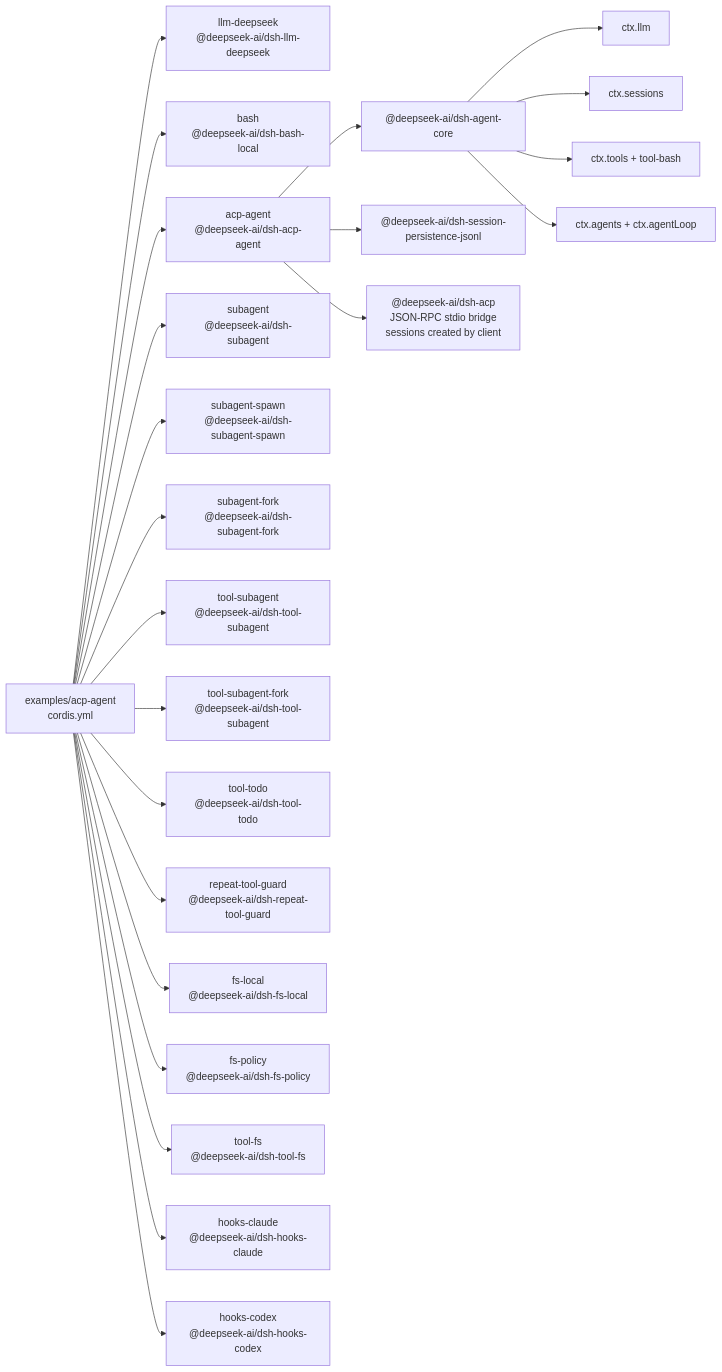
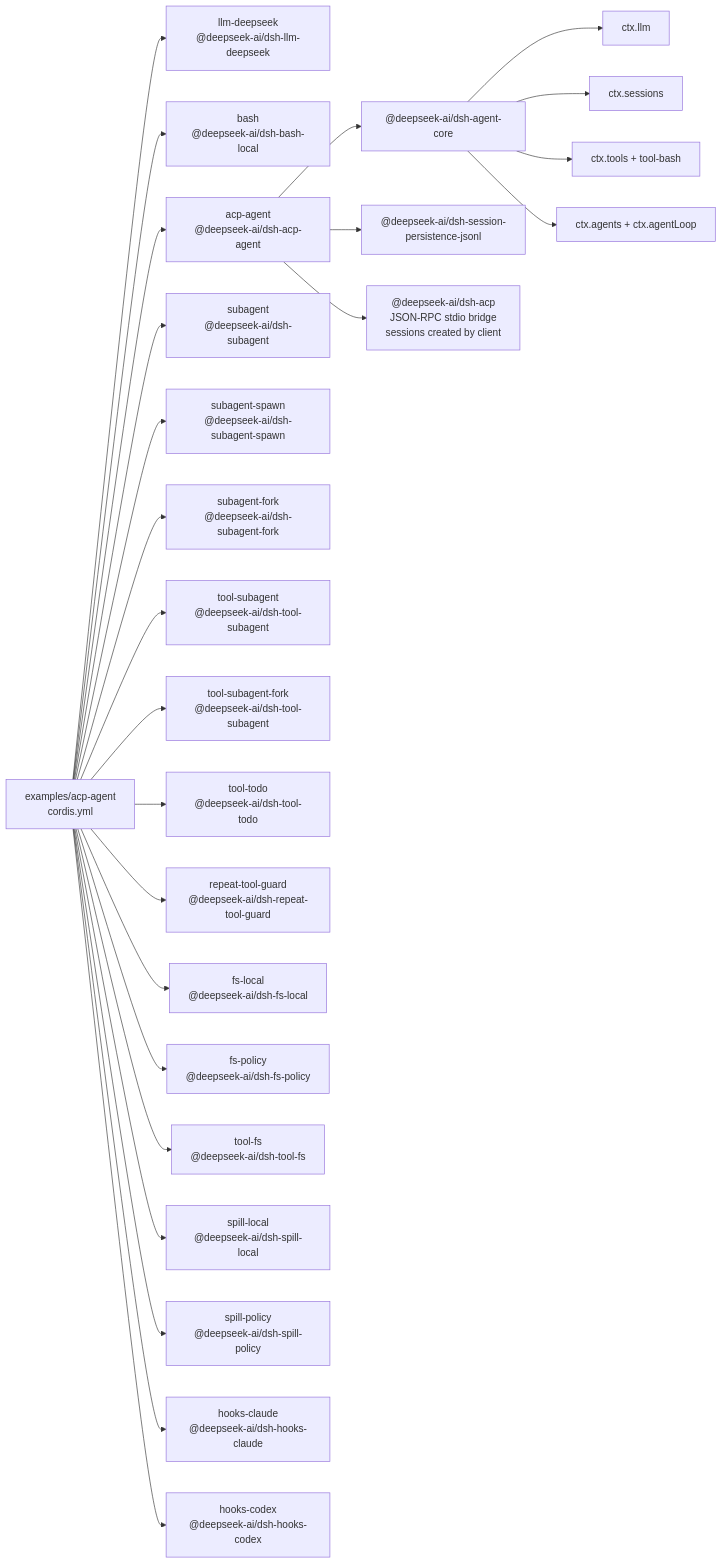
Before and after one commit to 007M7/DeepCode: the diagram in examples/acp-agent/composition.md, drawn with Mermaid. The commit also changed other lines of this file and 9 other files, not shown here.

Commit message:
test: add ACP spill snapshot coverage

````diff
--- a/examples/acp-agent/composition.md
+++ b/examples/acp-agent/composition.md
@@ -8,41 +8,45 @@
 ```mermaid
 flowchart LR
   cfg["examples/acp-agent<br/>cordis.yml"]
   plugin_acp_llm_deepseek["llm-deepseek<br/>@deepseek-ai/dsh-llm-deepseek"]
   cfg --> plugin_acp_llm_deepseek
   plugin_acp_bash["bash<br/>@deepseek-ai/dsh-bash-local"]
   cfg --> plugin_acp_bash
   plugin_acp_acp_agent["acp-agent<br/>@deepseek-ai/dsh-acp-agent"]
   cfg --> plugin_acp_acp_agent
   plugin_acp_acp_agent --> bundle_agent_core["@deepseek-ai/dsh-agent-core"]
   plugin_acp_acp_agent --> bundle_jsonl["@deepseek-ai/dsh-session-persistence-jsonl"]
   plugin_acp_acp_agent --> frontdoor_acp["@deepseek-ai/dsh-acp<br/>JSON-RPC stdio bridge<br/>sessions created by client"]
   bundle_agent_core --> spine_llm["ctx.llm"]
   bundle_agent_core --> spine_sessions["ctx.sessions"]
   bundle_agent_core --> spine_tools["ctx.tools + tool-bash"]
   bundle_agent_core --> spine_loop["ctx.agents + ctx.agentLoop"]
   plugin_acp_subagent["subagent<br/>@deepseek-ai/dsh-subagent"]
   cfg --> plugin_acp_subagent
   plugin_acp_subagent_spawn["subagent-spawn<br/>@deepseek-ai/dsh-subagent-spawn"]
   cfg --> plugin_acp_subagent_spawn
   plugin_acp_subagent_fork["subagent-fork<br/>@deepseek-ai/dsh-subagent-fork"]
   cfg --> plugin_acp_subagent_fork
   plugin_acp_tool_subagent["tool-subagent<br/>@deepseek-ai/dsh-tool-subagent"]
   cfg --> plugin_acp_tool_subagent
   plugin_acp_tool_subagent_fork["tool-subagent-fork<br/>@deepseek-ai/dsh-tool-subagent"]
   cfg --> plugin_acp_tool_subagent_fork
   plugin_acp_tool_todo["tool-todo<br/>@deepseek-ai/dsh-tool-todo"]
   cfg --> plugin_acp_tool_todo
   plugin_acp_repeat_tool_guard["repeat-tool-guard<br/>@deepseek-ai/dsh-repeat-tool-guard"]
   cfg --> plugin_acp_repeat_tool_guard
   plugin_acp_fs_local["fs-local<br/>@deepseek-ai/dsh-fs-local"]
   cfg --> plugin_acp_fs_local
   plugin_acp_fs_policy["fs-policy<br/>@deepseek-ai/dsh-fs-policy"]
   cfg --> plugin_acp_fs_policy
   plugin_acp_tool_fs["tool-fs<br/>@deepseek-ai/dsh-tool-fs"]
   cfg --> plugin_acp_tool_fs
+  plugin_acp_spill_local["spill-local<br/>@deepseek-ai/dsh-spill-local"]
+  cfg --> plugin_acp_spill_local
+  plugin_acp_spill_policy["spill-policy<br/>@deepseek-ai/dsh-spill-policy"]
+  cfg --> plugin_acp_spill_policy
   plugin_acp_hooks_claude["hooks-claude<br/>@deepseek-ai/dsh-hooks-claude"]
   cfg --> plugin_acp_hooks_claude
   plugin_acp_hooks_codex["hooks-codex<br/>@deepseek-ai/dsh-hooks-codex"]
   cfg --> plugin_acp_hooks_codex
 ```
````
